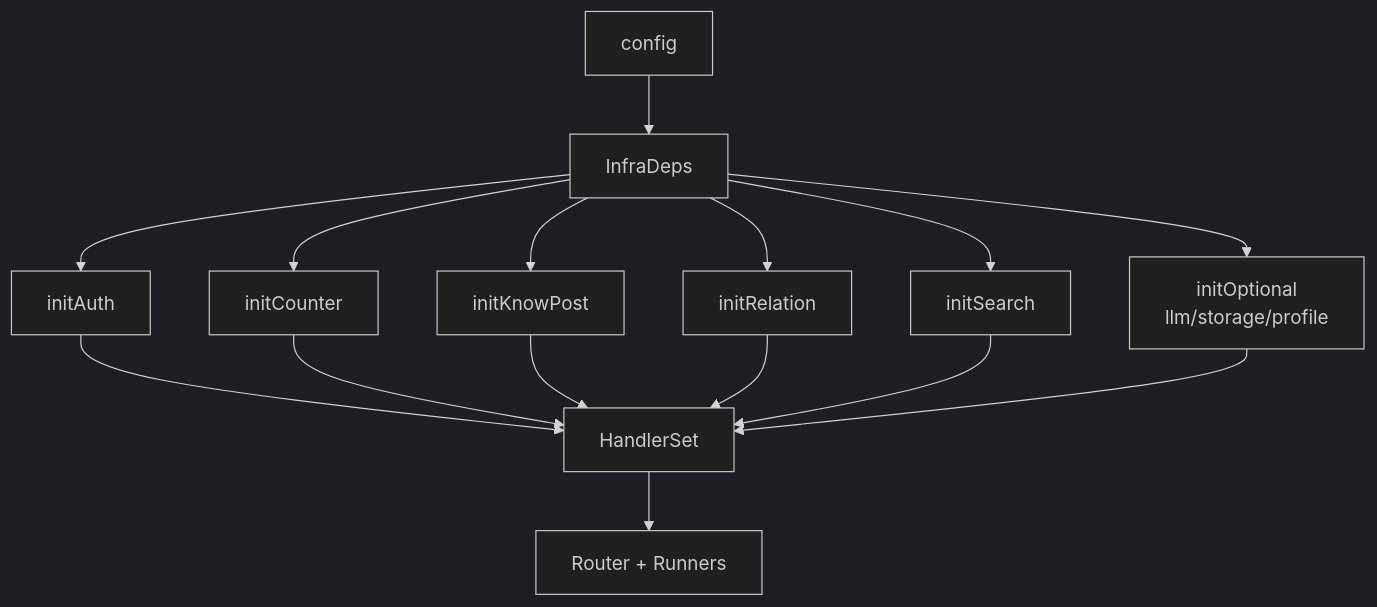
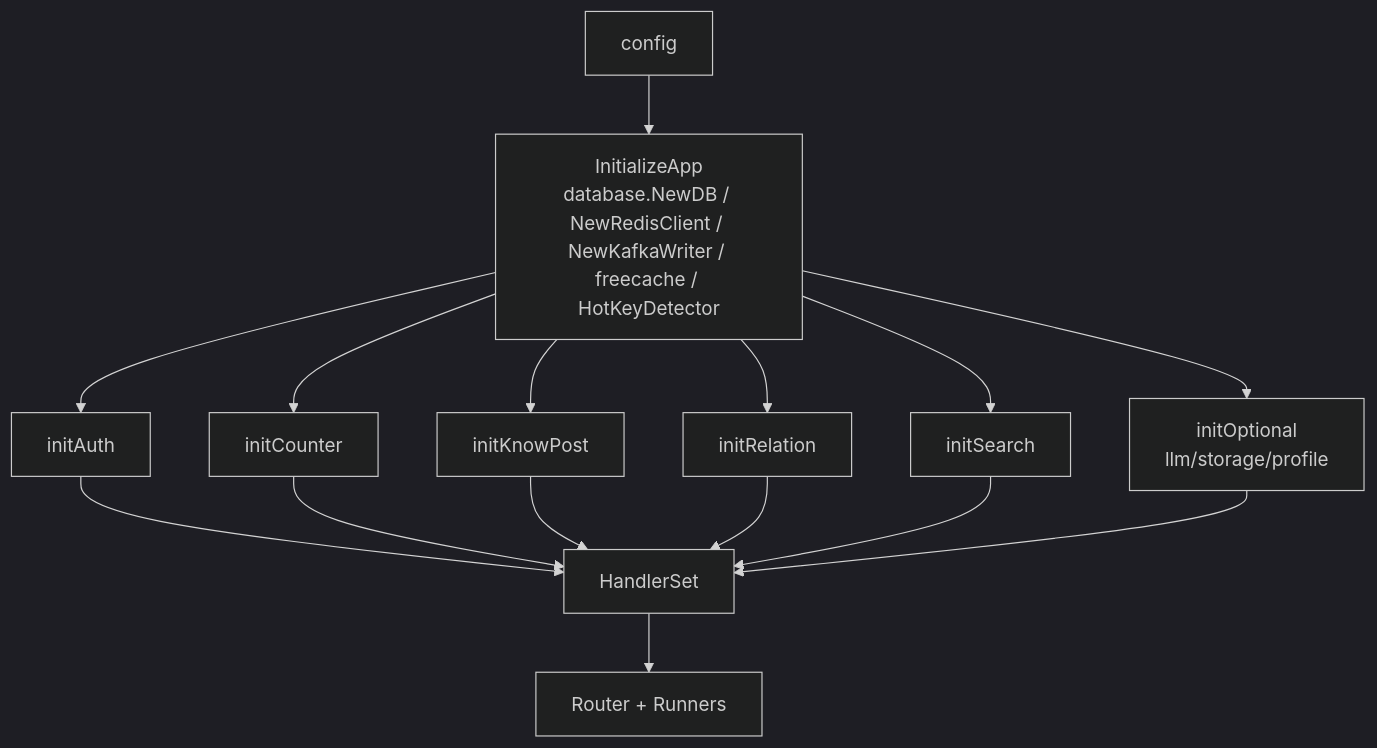
One commit to bitladykiller/zhiguang_go changed the second of 12 diagrams in docs/modules/01-启动装配与生命周期.md. Above: the diagram before and after it, drawn with Mermaid (dark theme). The commit also changed other lines of this file and 19 other files, not shown here.

````diff
--- a/docs/modules/01-启动装配与生命周期.md
+++ b/docs/modules/01-启动装配与生命周期.md
@@ -87,17 +87,17 @@
 ```mermaid
 flowchart TD
-    A[config] --> B[InfraDeps]
+    A[config] --> B[InitializeApp<br/>database.NewDB / NewRedisClient / NewKafkaWriter / freecache / HotKeyDetector]
     B --> C1[initAuth]
     B --> C2[initCounter]
     B --> C3[initKnowPost]
     B --> C4[initRelation]
     B --> C5[initSearch]
     B --> C6[initOptional<br/>llm/storage/profile]
     C1 --> D[HandlerSet]
     C2 --> D
     C3 --> D
     C4 --> D
     C5 --> D
     C6 --> D
     D --> E[Router + Runners]
 ```
````
